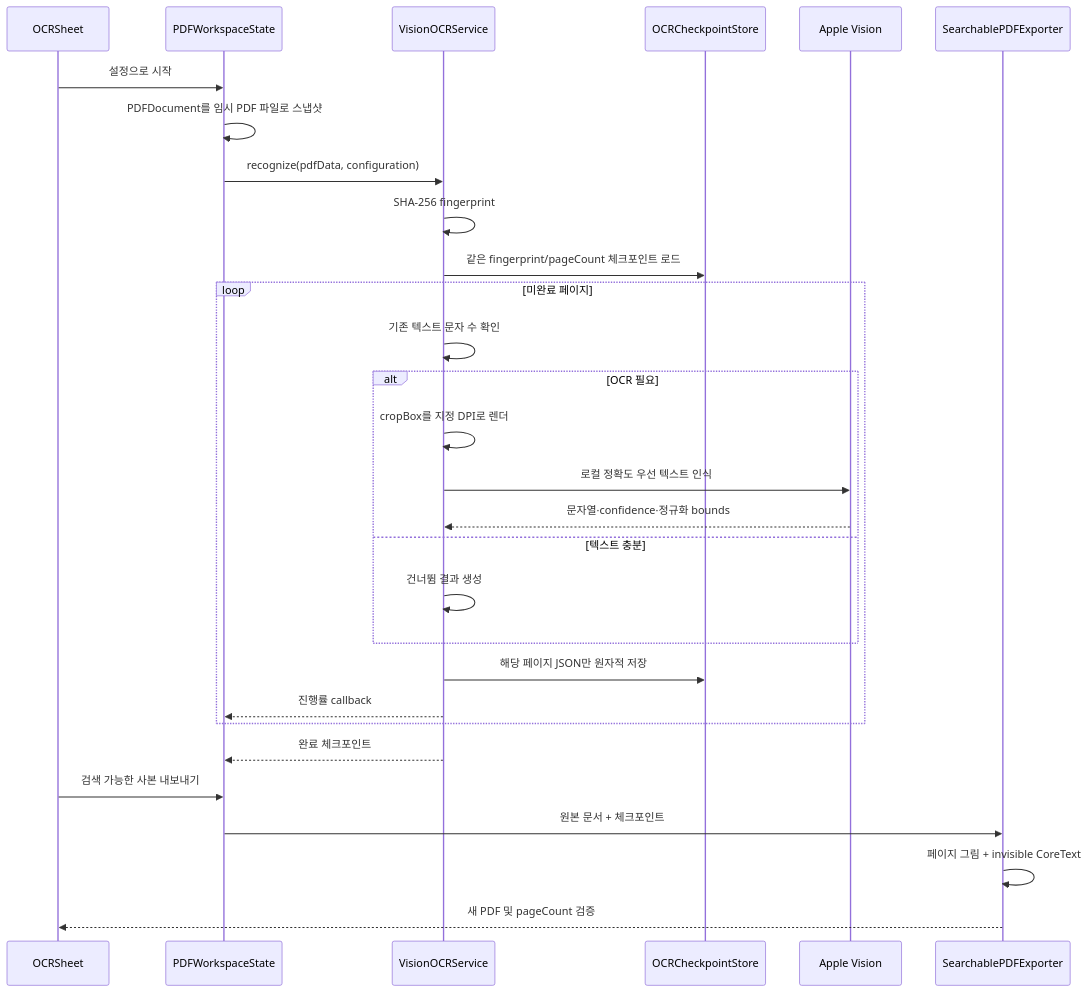
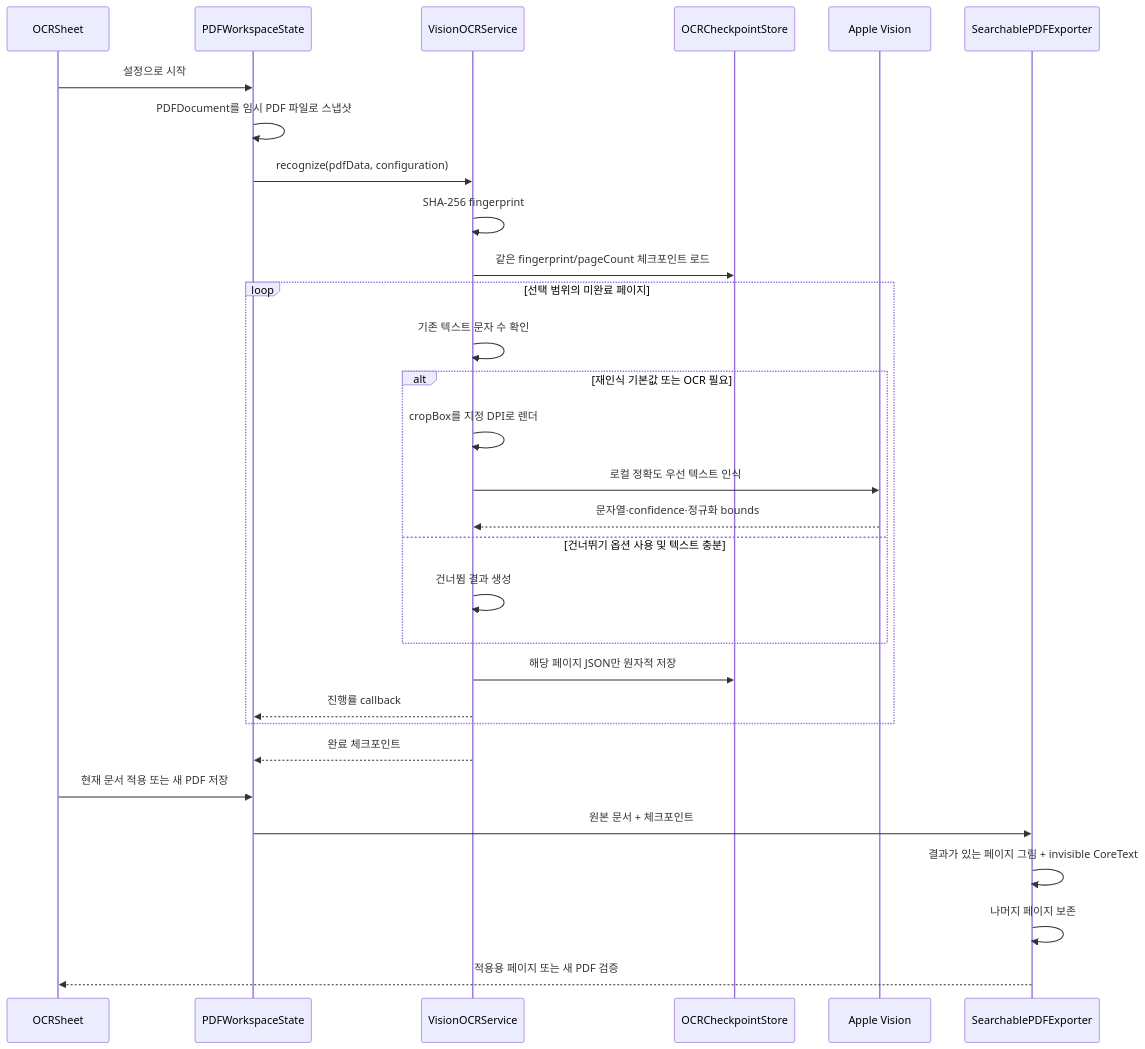
One commit to SeederPowerDrop/HwattakPDF changed the second of 2 diagrams in Documentation/ARCHITECTURE.md. Above: the diagram before and after it, drawn with Mermaid. The commit also changed other lines of this file and 126 other files, not shown here.

````diff
--- a/Documentation/ARCHITECTURE.md
+++ b/Documentation/ARCHITECTURE.md
@@ -472,32 +492,33 @@
 ```mermaid
 sequenceDiagram
     participant UI as OCRSheet
     participant S as PDFWorkspaceState
     participant O as VisionOCRService
     participant C as OCRCheckpointStore
     participant V as Apple Vision
     participant E as SearchablePDFExporter
 
     UI->>S: 설정으로 시작
     S->>S: PDFDocument를 임시 PDF 파일로 스냅샷
     S->>O: recognize(pdfData, configuration)
     O->>O: SHA-256 fingerprint
     O->>C: 같은 fingerprint/pageCount 체크포인트 로드
-    loop 미완료 페이지
+    loop 선택 범위의 미완료 페이지
         O->>O: 기존 텍스트 문자 수 확인
-        alt OCR 필요
+        alt 재인식 기본값 또는 OCR 필요
             O->>O: cropBox를 지정 DPI로 렌더
             O->>V: 로컬 정확도 우선 텍스트 인식
             V-->>O: 문자열·confidence·정규화 bounds
-        else 텍스트 충분
+        else 건너뛰기 옵션 사용 및 텍스트 충분
             O->>O: 건너뜀 결과 생성
         end
         O->>C: 해당 페이지 JSON만 원자적 저장
         O-->>S: 진행률 callback
     end
     O-->>S: 완료 체크포인트
-    UI->>S: 검색 가능한 사본 내보내기
+    UI->>S: 현재 문서 적용 또는 새 PDF 저장
     S->>E: 원본 문서 + 체크포인트
-    E->>E: 페이지 그림 + invisible CoreText
-    E-->>UI: 새 PDF 및 pageCount 검증
+    E->>E: 결과가 있는 페이지 그림 + invisible CoreText
+    E->>E: 나머지 페이지 보존
+    E-->>UI: 적용용 페이지 또는 새 PDF 검증
 ```
````
